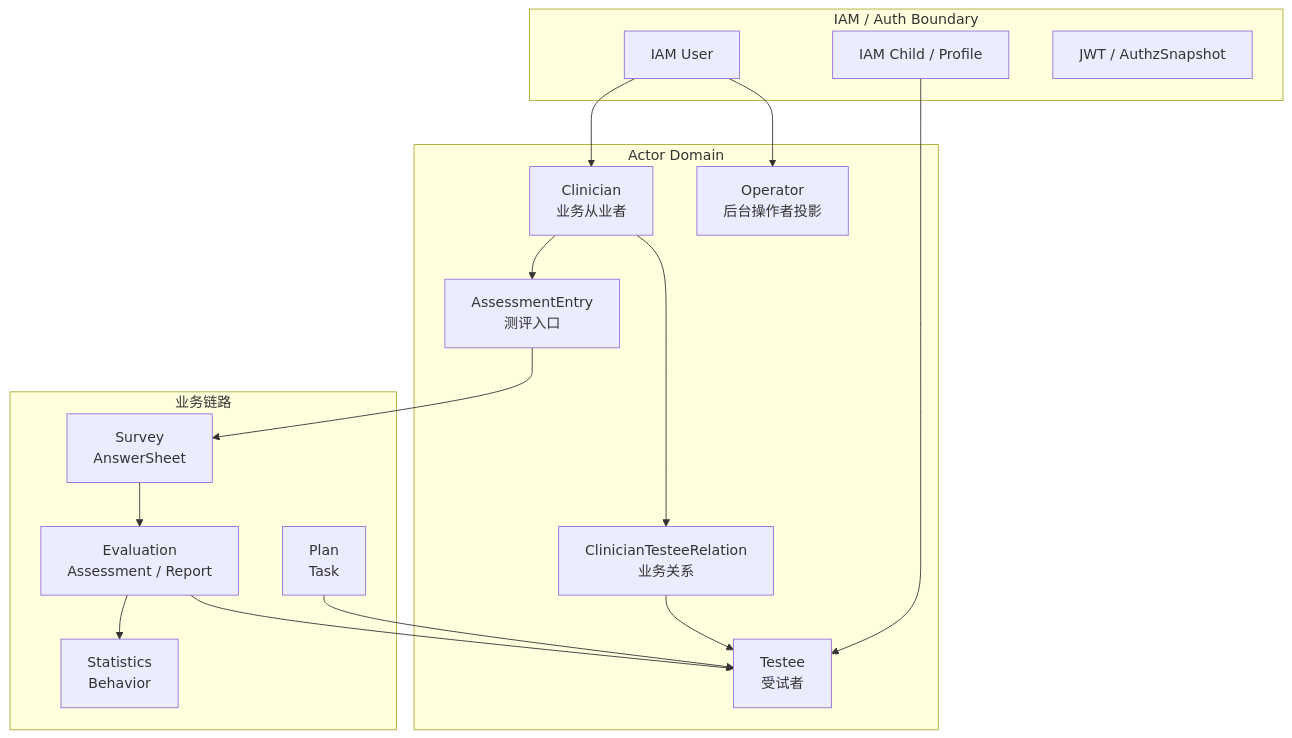
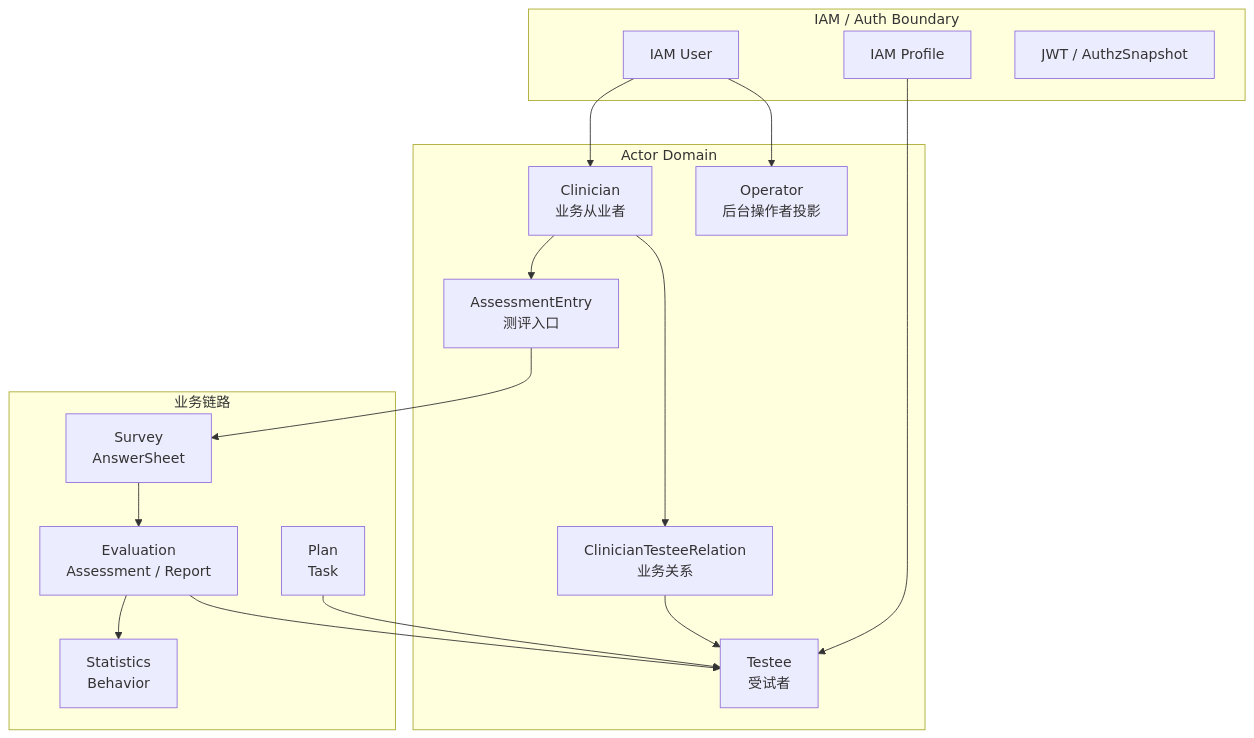
Before and after one commit to FangcunMount/qs-server: the first of 2 diagrams in docs/02-业务模块/actor/00-整体模型.md, drawn with Mermaid. The commit also changed other lines of this file and 26 other files, not shown here.

````diff
--- a/docs/02-业务模块/actor/00-整体模型.md
+++ b/docs/02-业务模块/actor/00-整体模型.md
@@ -44,34 +44,34 @@
 ```mermaid
 flowchart TB
     subgraph IAM["IAM / Auth Boundary"]
         user["IAM User"]
-        child["IAM Child / Profile"]
+        child["IAM Profile"]
         jwt["JWT / AuthzSnapshot"]
     end
 
     subgraph Actor["Actor Domain"]
         operator["Operator<br/>后台操作者投影"]
         clinician["Clinician<br/>业务从业者"]
         testee["Testee<br/>受试者"]
         relation["ClinicianTesteeRelation<br/>业务关系"]
         entry["AssessmentEntry<br/>测评入口"]
     end
 
     subgraph Downstream["业务链路"]
         survey["Survey<br/>AnswerSheet"]
         evaluation["Evaluation<br/>Assessment / Report"]
         plan["Plan<br/>Task"]
         statistics["Statistics<br/>Behavior"]
     end
 
     user --> operator
     user --> clinician
     child --> testee
     clinician --> relation --> testee
     clinician --> entry
     entry --> survey
     survey --> evaluation
     evaluation --> testee
     plan --> testee
     evaluation --> statistics
 ```
````
